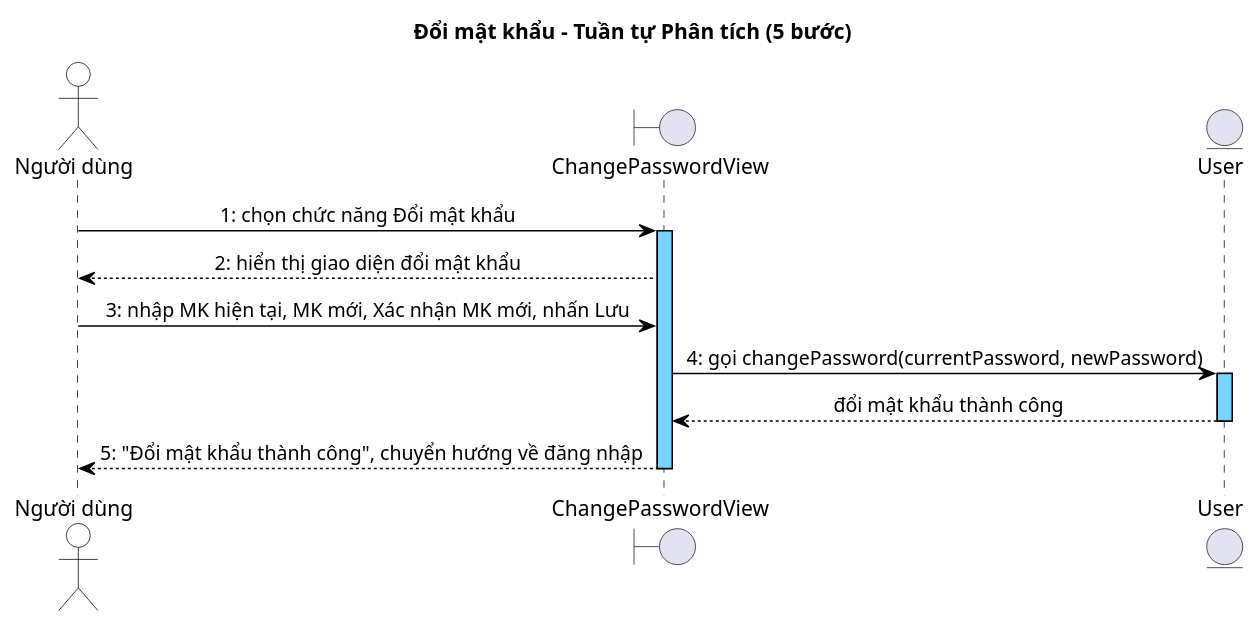
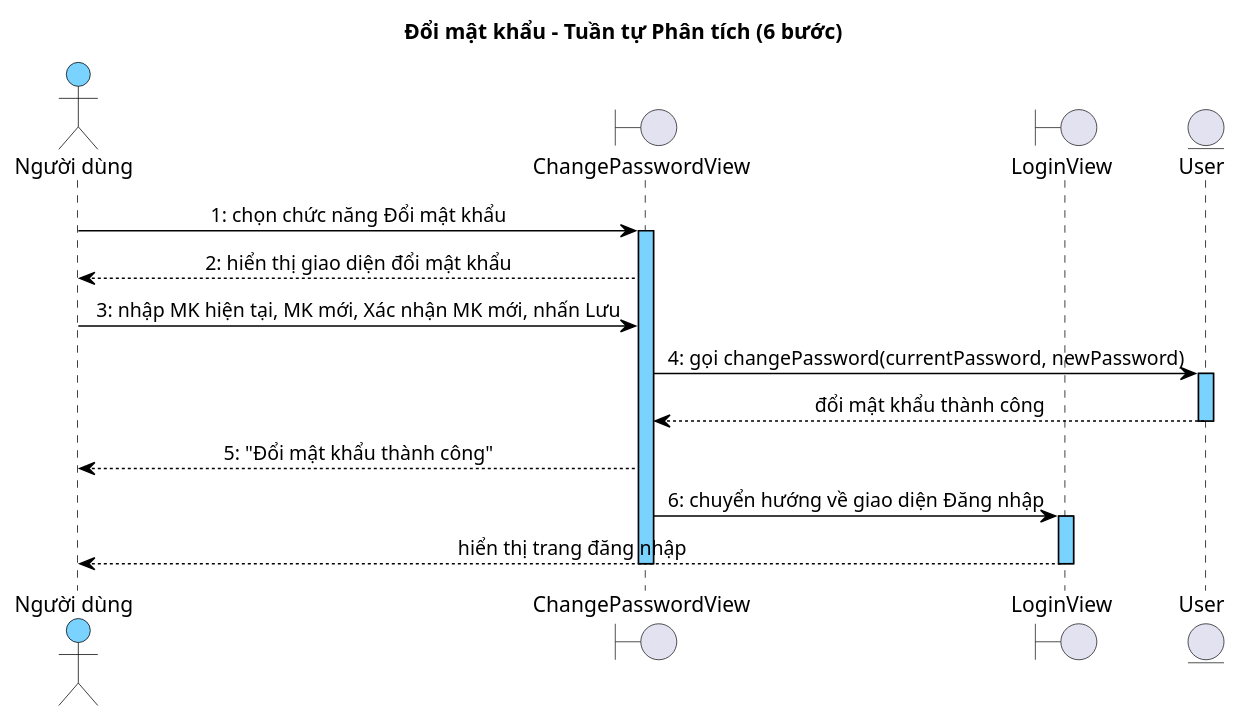
Before and after one commit to thanhtrnnn/cnpm: the fifth of 7 diagrams in docs/tabs/section-account-ii.md, drawn with PlantUML. The commit also changed other lines of this file and 15 other files, not shown here.

First line of the commit message:
fix: User→Client/Employee inheritance + HomeView + LoginView redirect

````diff
--- a/docs/tabs/section-account-ii.md
+++ b/docs/tabs/section-account-ii.md
@@ -491,40 +550,45 @@
 ```plantuml
 @startuml
 skinparam shadowing false
 skinparam SequenceMessageAlign left
 skinparam sequenceMessageAlign center
 skinparam sequenceArrowThickness 1
 skinparam sequenceLifeLineBorderColor #000000
 skinparam sequenceLifeLineBackgroundColor #7AD2FF
 skinparam sequenceParticipantBackgroundColor #7AD2FF
 skinparam sequenceParticipantBorderColor #000000
 skinparam sequenceParticipantFontColor #000000
 skinparam sequenceArrowColor #000000
 skinparam sequenceArrowFontColor #000000
 skinparam sequenceGroupBorderColor #000000
 skinparam sequenceGroupBackgroundColor #DDEEFF
 skinparam sequenceDividerBorderColor #000000
 skinparam sequenceDividerBackgroundColor #DDEEFF
 skinparam sequenceMessageFontColor #000000
 skinparam sequenceMessageFontSize 10
 skinparam sequenceActorBorderColor #000000
-skinparam sequenceActorBackgroundColor transparent
+skinparam sequenceActorBackgroundColor #7AD2FF
 skinparam sequenceActorFontColor #000000
-title Đổi mật khẩu – Tuần tự Phân tích (5 bước)
+title Đổi mật khẩu – Tuần tự Phân tích (6 bước)
 
 actor "Người dùng" as Actor
 boundary ChangePasswordView as B1
+boundary LoginView as B2
 entity User as E1
 
 Actor -> B1 : 1: chọn chức năng Đổi mật khẩu
 activate B1
 B1 --> Actor : 2: hiển thị giao diện đổi mật khẩu
 Actor -> B1 : 3: nhập MK hiện tại, MK mới, Xác nhận MK mới, nhấn Lưu
 B1 -> E1 : 4: gọi changePassword(currentPassword, newPassword)
 activate E1
 E1 --> B1 : đổi mật khẩu thành công
 deactivate E1
-B1 --> Actor : 5: "Đổi mật khẩu thành công", chuyển hướng về đăng nhập
+B1 --> Actor : 5: "Đổi mật khẩu thành công"
+B1 -> B2 : 6: chuyển hướng về giao diện Đăng nhập
+activate B2
+B2 --> Actor : hiển thị trang đăng nhập
+deactivate B2
 deactivate B1
 @enduml
 ```
````
